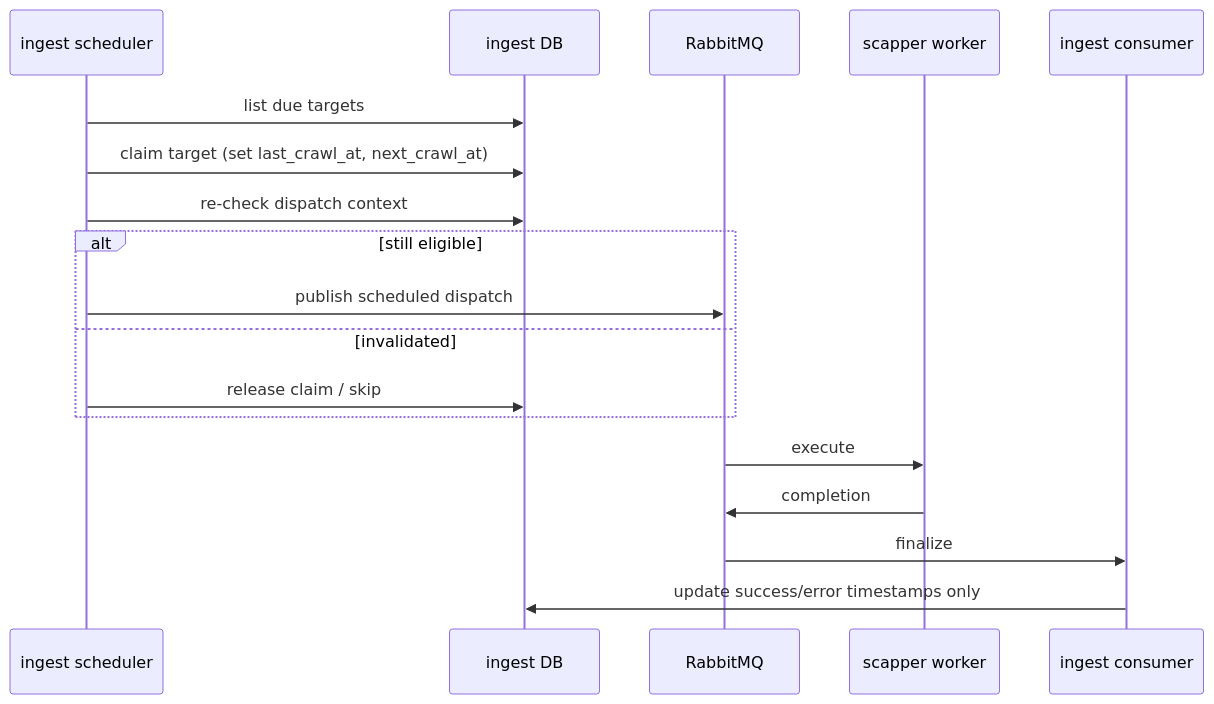
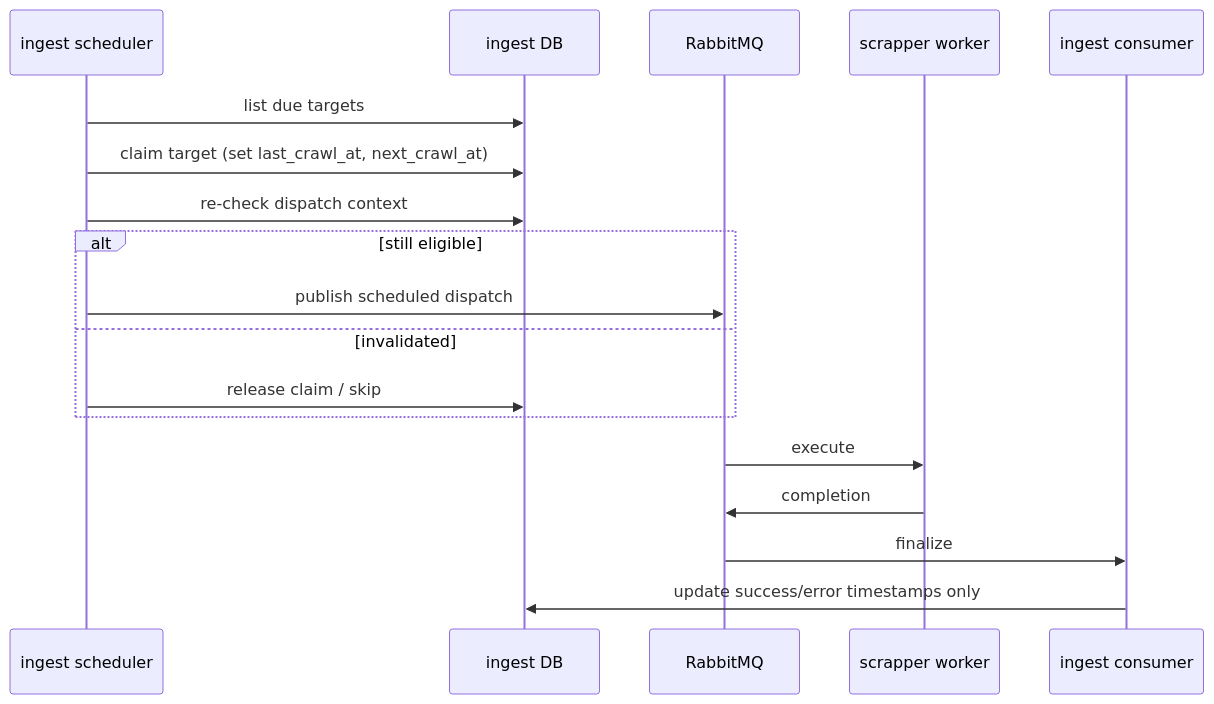
One commit to smap-hcmut/report changed the third of 3 diagrams in documents/phong_tmp/old_docs/new-code-derived-brd-srs/04-dryrun-execution-scheduler-domain.md. Above: the diagram before and after it, drawn with Mermaid. The commit also changed other lines of this file and 62 other files, not shown here.

````diff
--- a/documents/phong_tmp/old_docs/new-code-derived-brd-srs/04-dryrun-execution-scheduler-domain.md
+++ b/documents/phong_tmp/old_docs/new-code-derived-brd-srs/04-dryrun-execution-scheduler-domain.md
@@ -99,21 +99,21 @@
 ```mermaid
 sequenceDiagram
     participant SCH as ingest scheduler
     participant DB as ingest DB
     participant R as RabbitMQ
-    participant S as scapper worker
+    participant S as scrapper worker
     participant C as ingest consumer
 
     SCH->>DB: list due targets
     SCH->>DB: claim target (set last_crawl_at, next_crawl_at)
     SCH->>DB: re-check dispatch context
     alt still eligible
         SCH->>R: publish scheduled dispatch
     else invalidated
         SCH->>DB: release claim / skip
     end
     R->>S: execute
     S->>R: completion
     R->>C: finalize
     C->>DB: update success/error timestamps only
 ```
````
